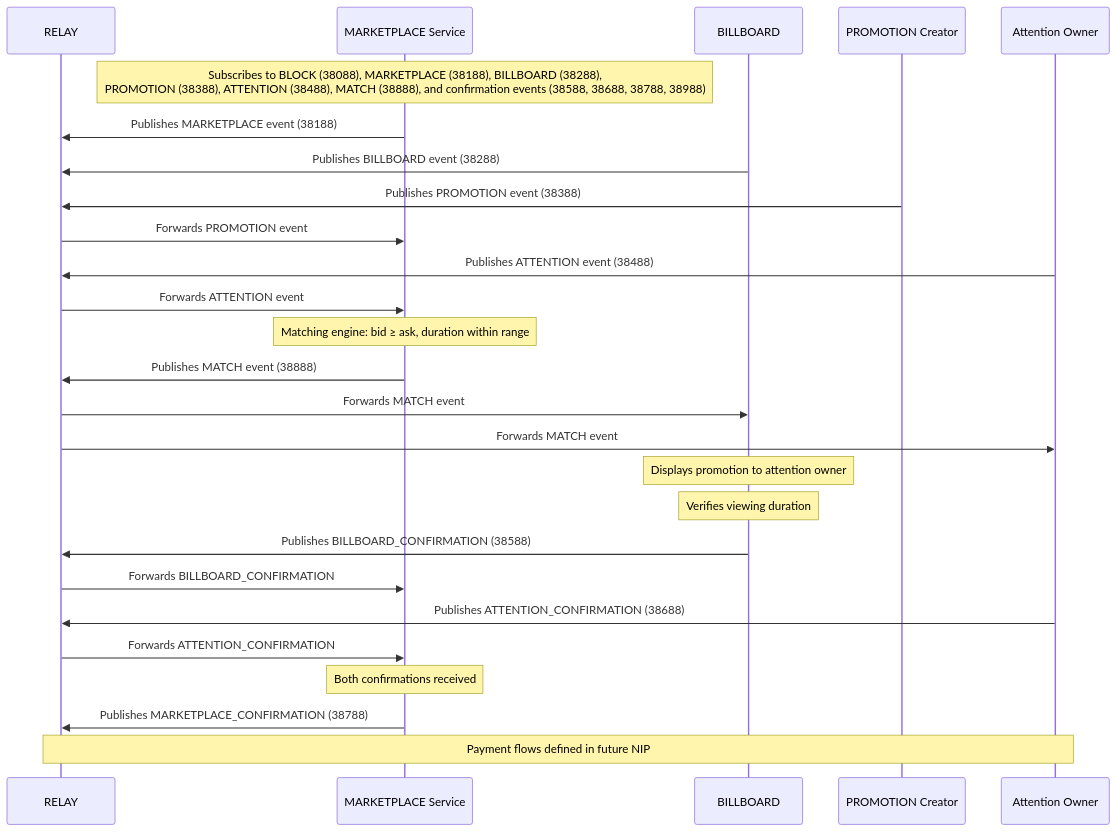
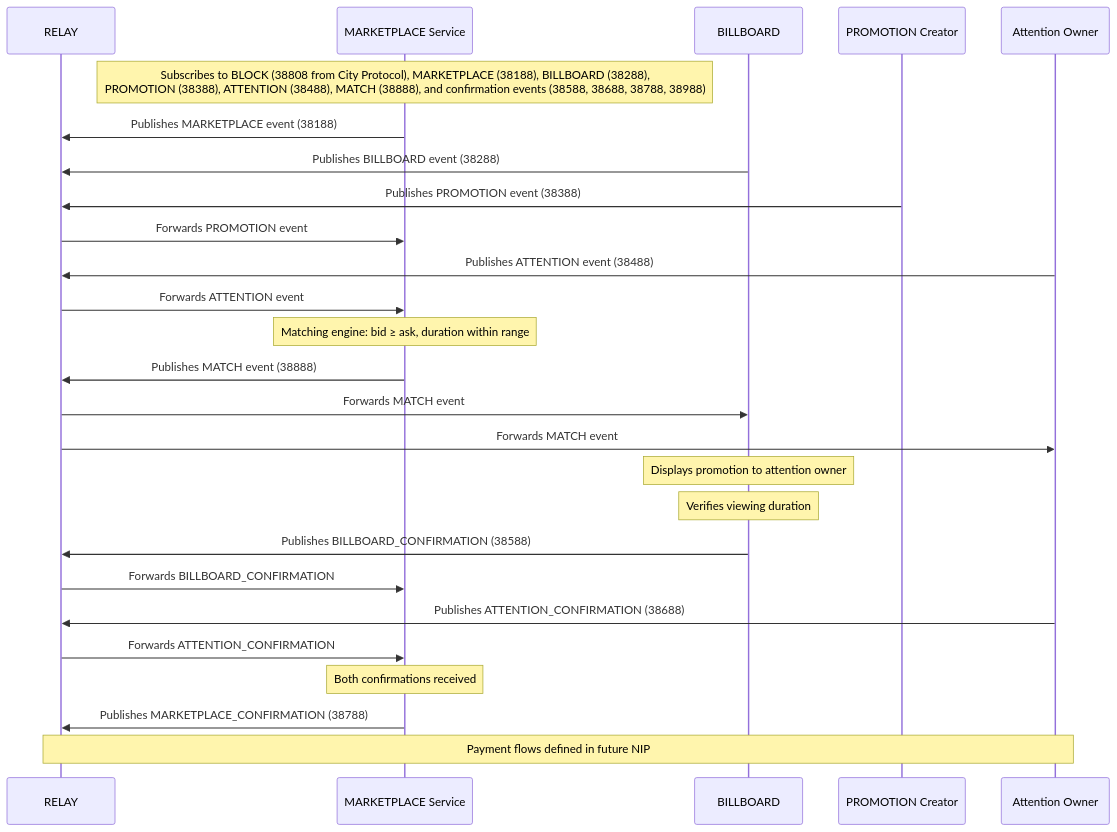
The diagram in packages/protocol/docs/README.md (joinnextblock/attn-protocol), drawn with Mermaid before and after one commit. The commit also changed other lines of this file and 135 other files, not shown here.

````diff
--- a/packages/protocol/docs/README.md
+++ b/packages/protocol/docs/README.md
@@ -109,29 +109,29 @@
 ```mermaid
 sequenceDiagram
     participant RELAY
     participant MARKETPLACE Service
     participant BILLBOARD
     participant PROMOTION Creator
     participant Attention Owner
 
-    Note over MARKETPLACE Service: Subscribes to BLOCK (38088), MARKETPLACE (38188), BILLBOARD (38288),<br/>PROMOTION (38388), ATTENTION (38488), MATCH (38888), and confirmation events (38588, 38688, 38788, 38988)
+    Note over MARKETPLACE Service: Subscribes to BLOCK (38808 from City Protocol), MARKETPLACE (38188), BILLBOARD (38288),<br/>PROMOTION (38388), ATTENTION (38488), MATCH (38888), and confirmation events (38588, 38688, 38788, 38988)
     MARKETPLACE Service->>RELAY: Publishes MARKETPLACE event (38188)
     BILLBOARD->>RELAY: Publishes BILLBOARD event (38288)
     PROMOTION Creator->>RELAY: Publishes PROMOTION event (38388)
     RELAY->>MARKETPLACE Service: Forwards PROMOTION event
     Attention Owner->>RELAY: Publishes ATTENTION event (38488)
     RELAY->>MARKETPLACE Service: Forwards ATTENTION event
     Note over MARKETPLACE Service: Matching engine: bid ≥ ask, duration within range
     MARKETPLACE Service->>RELAY: Publishes MATCH event (38888)
     RELAY->>BILLBOARD: Forwards MATCH event
     RELAY->>Attention Owner: Forwards MATCH event
     Note over BILLBOARD: Displays promotion to attention owner
     Note over BILLBOARD: Verifies viewing duration
     BILLBOARD->>RELAY: Publishes BILLBOARD_CONFIRMATION (38588)
     RELAY->>MARKETPLACE Service: Forwards BILLBOARD_CONFIRMATION
     Attention Owner->>RELAY: Publishes ATTENTION_CONFIRMATION (38688)
     RELAY->>MARKETPLACE Service: Forwards ATTENTION_CONFIRMATION
     Note over MARKETPLACE Service: Both confirmations received
     MARKETPLACE Service->>RELAY: Publishes MARKETPLACE_CONFIRMATION (38788)
     Note over RELAY,Attention Owner: Payment flows defined in future NIP
 ```
````
